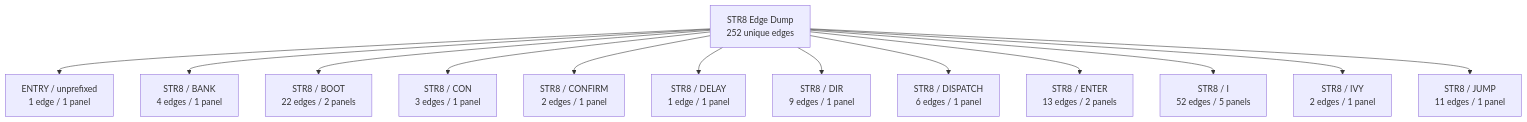
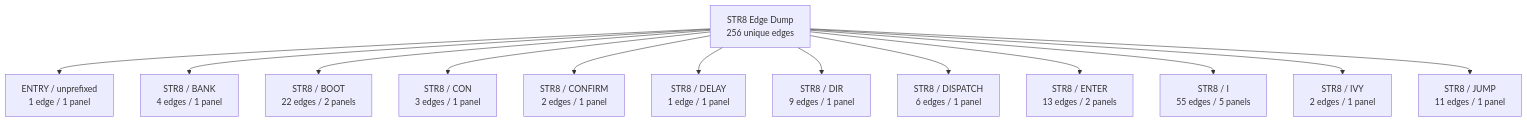
The first of 43 diagrams in DOC/GUIDES/STR8/STR8_EDGE_DUMP.md (95westus/R-YORS), drawn with Mermaid before and after one commit. The commit also changed other lines of this file and 24 other files, not shown here.

````diff
--- a/DOC/GUIDES/STR8/STR8_EDGE_DUMP.md
+++ b/DOC/GUIDES/STR8/STR8_EDGE_DUMP.md
@@ -26,15 +26,15 @@
 ```mermaid
 flowchart TD
-    EDGE_ATLAS_ROOT_0["STR8 Edge Dump<br/>252 unique edges"] --> EDGE_FAMILY_0_0["ENTRY / unprefixed<br/>1 edge / 1 panel"]
-    EDGE_ATLAS_ROOT_0["STR8 Edge Dump<br/>252 unique edges"] --> EDGE_FAMILY_0_1["STR8 / BANK<br/>4 edges / 1 panel"]
-    EDGE_ATLAS_ROOT_0["STR8 Edge Dump<br/>252 unique edges"] --> EDGE_FAMILY_0_2["STR8 / BOOT<br/>22 edges / 2 panels"]
-    EDGE_ATLAS_ROOT_0["STR8 Edge Dump<br/>252 unique edges"] --> EDGE_FAMILY_0_3["STR8 / CON<br/>3 edges / 1 panel"]
-    EDGE_ATLAS_ROOT_0["STR8 Edge Dump<br/>252 unique edges"] --> EDGE_FAMILY_0_4["STR8 / CONFIRM<br/>2 edges / 1 panel"]
-    EDGE_ATLAS_ROOT_0["STR8 Edge Dump<br/>252 unique edges"] --> EDGE_FAMILY_0_5["STR8 / DELAY<br/>1 edge / 1 panel"]
-    EDGE_ATLAS_ROOT_0["STR8 Edge Dump<br/>252 unique edges"] --> EDGE_FAMILY_0_6["STR8 / DIR<br/>9 edges / 1 panel"]
-    EDGE_ATLAS_ROOT_0["STR8 Edge Dump<br/>252 unique edges"] --> EDGE_FAMILY_0_7["STR8 / DISPATCH<br/>6 edges / 1 panel"]
-    EDGE_ATLAS_ROOT_0["STR8 Edge Dump<br/>252 unique edges"] --> EDGE_FAMILY_0_8["STR8 / ENTER<br/>13 edges / 2 panels"]
-    EDGE_ATLAS_ROOT_0["STR8 Edge Dump<br/>252 unique edges"] --> EDGE_FAMILY_0_9["STR8 / I<br/>52 edges / 5 panels"]
-    EDGE_ATLAS_ROOT_0["STR8 Edge Dump<br/>252 unique edges"] --> EDGE_FAMILY_0_10["STR8 / IVY<br/>2 edges / 1 panel"]
-    EDGE_ATLAS_ROOT_0["STR8 Edge Dump<br/>252 unique edges"] --> EDGE_FAMILY_0_11["STR8 / JUMP<br/>11 edges / 1 panel"]
+    EDGE_ATLAS_ROOT_0["STR8 Edge Dump<br/>256 unique edges"] --> EDGE_FAMILY_0_0["ENTRY / unprefixed<br/>1 edge / 1 panel"]
+    EDGE_ATLAS_ROOT_0["STR8 Edge Dump<br/>256 unique edges"] --> EDGE_FAMILY_0_1["STR8 / BANK<br/>4 edges / 1 panel"]
+    EDGE_ATLAS_ROOT_0["STR8 Edge Dump<br/>256 unique edges"] --> EDGE_FAMILY_0_2["STR8 / BOOT<br/>22 edges / 2 panels"]
+    EDGE_ATLAS_ROOT_0["STR8 Edge Dump<br/>256 unique edges"] --> EDGE_FAMILY_0_3["STR8 / CON<br/>3 edges / 1 panel"]
+    EDGE_ATLAS_ROOT_0["STR8 Edge Dump<br/>256 unique edges"] --> EDGE_FAMILY_0_4["STR8 / CONFIRM<br/>2 edges / 1 panel"]
+    EDGE_ATLAS_ROOT_0["STR8 Edge Dump<br/>256 unique edges"] --> EDGE_FAMILY_0_5["STR8 / DELAY<br/>1 edge / 1 panel"]
+    EDGE_ATLAS_ROOT_0["STR8 Edge Dump<br/>256 unique edges"] --> EDGE_FAMILY_0_6["STR8 / DIR<br/>9 edges / 1 panel"]
+    EDGE_ATLAS_ROOT_0["STR8 Edge Dump<br/>256 unique edges"] --> EDGE_FAMILY_0_7["STR8 / DISPATCH<br/>6 edges / 1 panel"]
+    EDGE_ATLAS_ROOT_0["STR8 Edge Dump<br/>256 unique edges"] --> EDGE_FAMILY_0_8["STR8 / ENTER<br/>13 edges / 2 panels"]
+    EDGE_ATLAS_ROOT_0["STR8 Edge Dump<br/>256 unique edges"] --> EDGE_FAMILY_0_9["STR8 / I<br/>55 edges / 5 panels"]
+    EDGE_ATLAS_ROOT_0["STR8 Edge Dump<br/>256 unique edges"] --> EDGE_FAMILY_0_10["STR8 / IVY<br/>2 edges / 1 panel"]
+    EDGE_ATLAS_ROOT_0["STR8 Edge Dump<br/>256 unique edges"] --> EDGE_FAMILY_0_11["STR8 / JUMP<br/>11 edges / 1 panel"]
 ```
````
